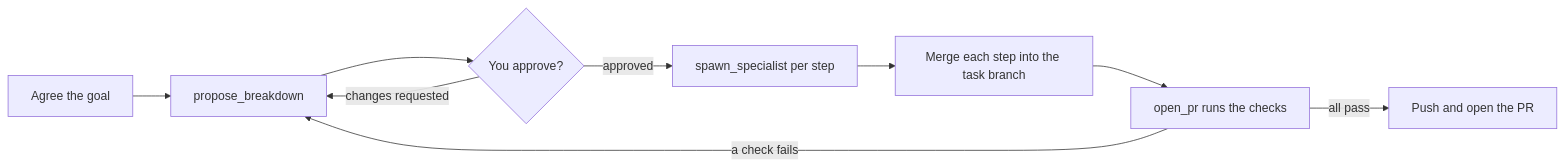
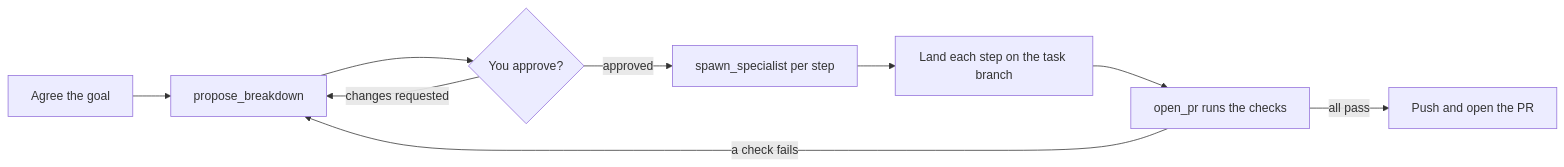
Before and after one commit to TonyHeadband/fleet-manager: the diagram in docs/guide/orchestrated-tasks.md, drawn with Mermaid. The commit also changed other lines of this file and 2 other files, not shown here.

Commit message:
docs: describe the commits rule, the open_pr commit check and linear step landing

````diff
--- a/docs/guide/orchestrated-tasks.md
+++ b/docs/guide/orchestrated-tasks.md
@@ -15,11 +15,11 @@
 ```mermaid
 flowchart LR
     A[Agree the goal] --> B[propose_breakdown]
     B --> C{You approve?}
     C -->|changes requested| B
     C -->|approved| D[spawn_specialist per step]
-    D --> E[Merge each step into the task branch]
+    D --> E[Land each step on the task branch]
     E --> F[open_pr runs the checks]
     F -->|a check fails| B
     F -->|all pass| G[Push and open the PR]
 ```
````
